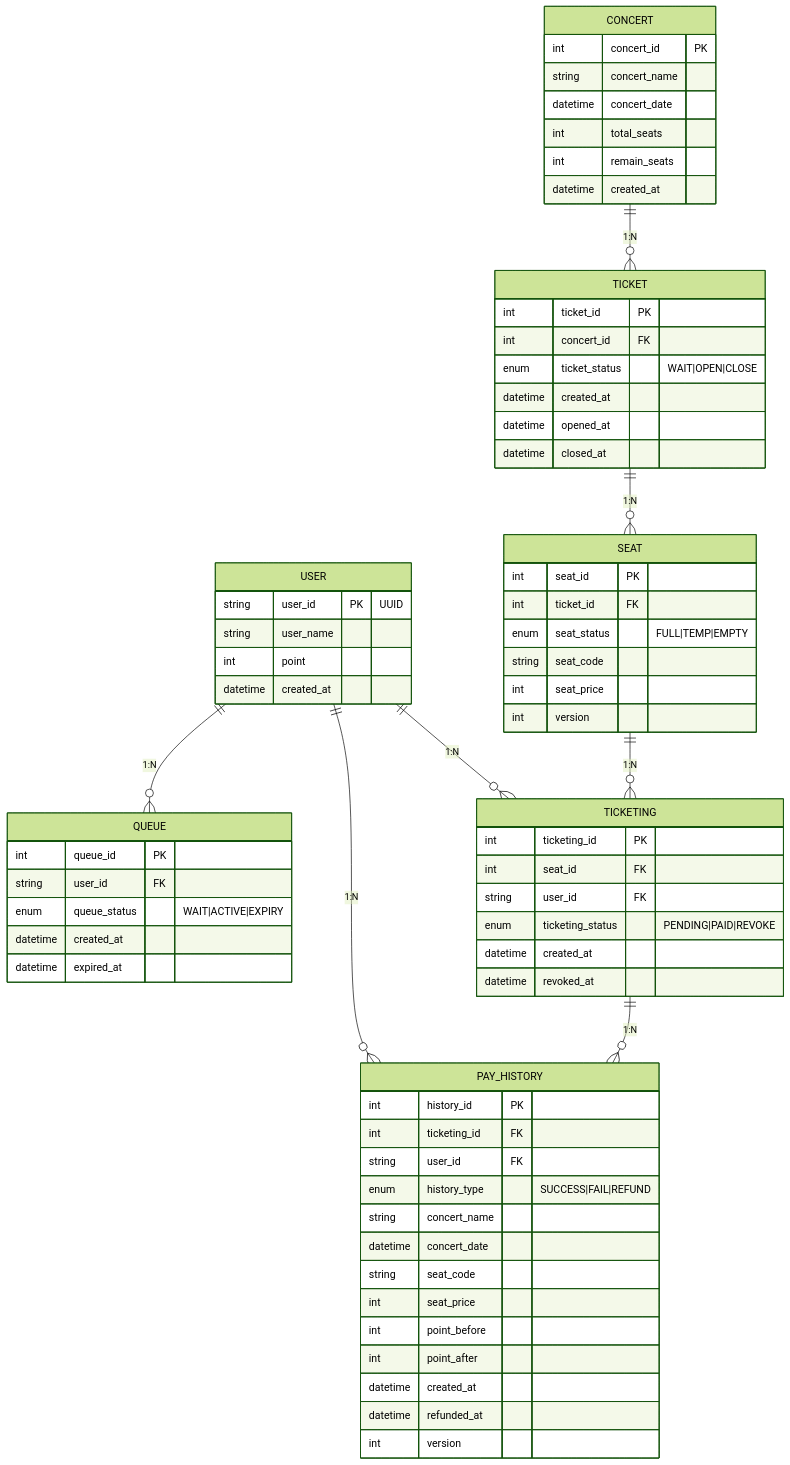
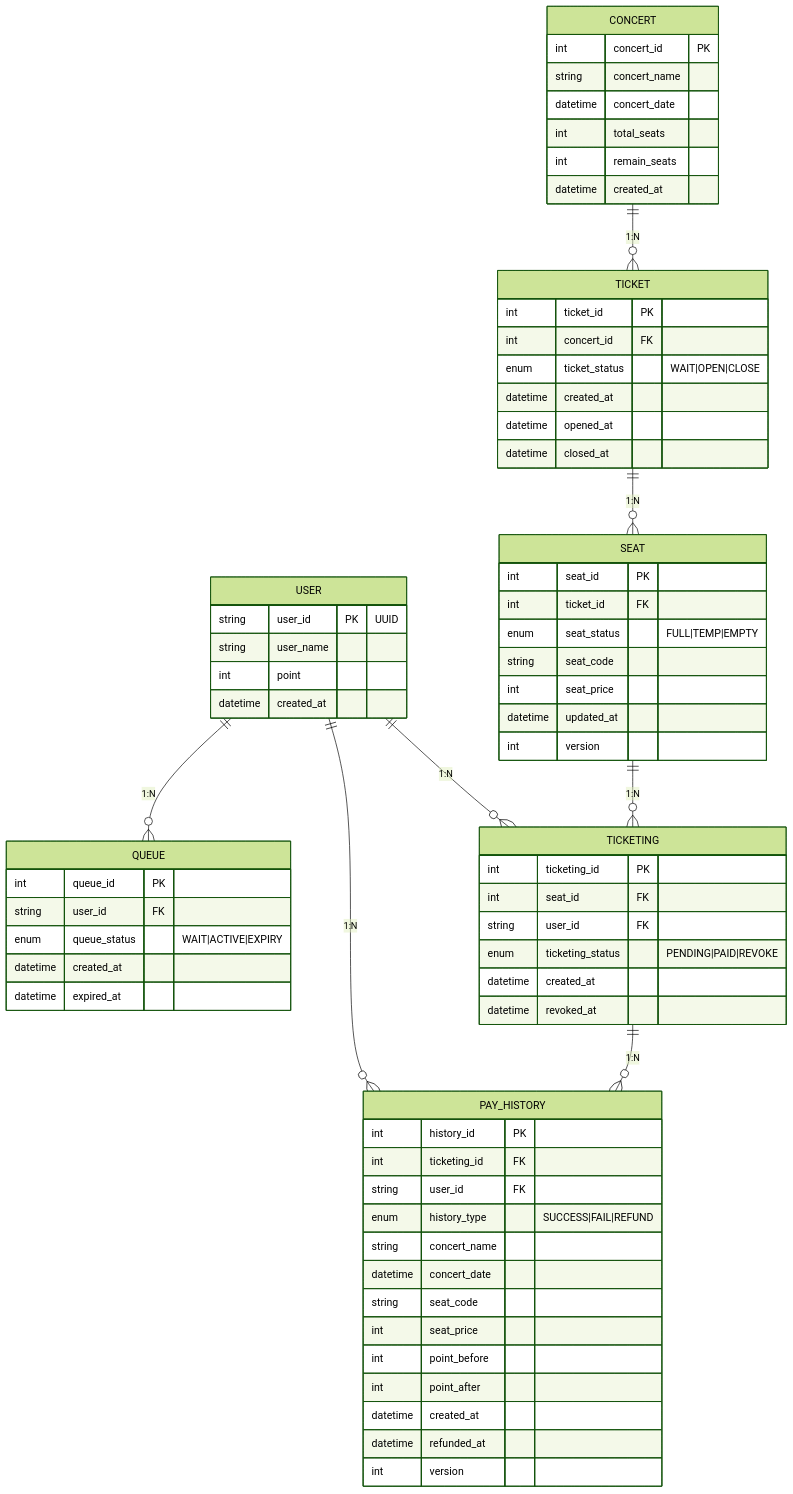
Before and after one commit to LilMGenius/hhplus-server-nest: the diagram in docs/diagrams/ER.md, drawn with Mermaid. The commit also changed 45 other files, not shown here.

```diff
--- a/docs/diagrams/ER.md
+++ b/docs/diagrams/ER.md
@@ -45,6 +45,7 @@
         enum seat_status "FULL|TEMP|EMPTY"
         string seat_code
         int seat_price
+        datetime updated_at
         int version
     }
     TICKETING {
```
